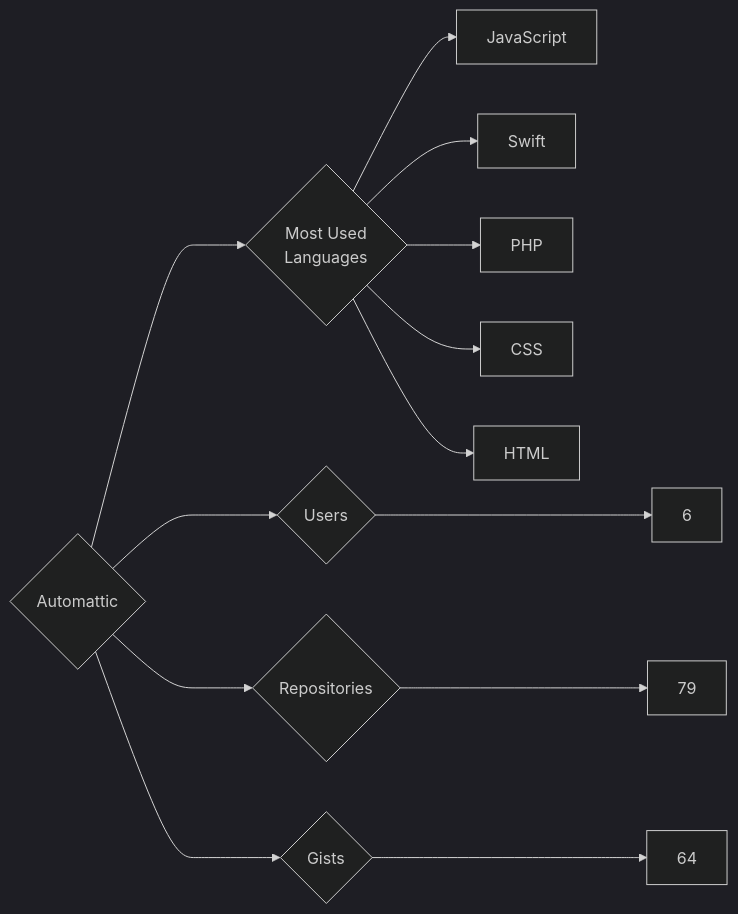
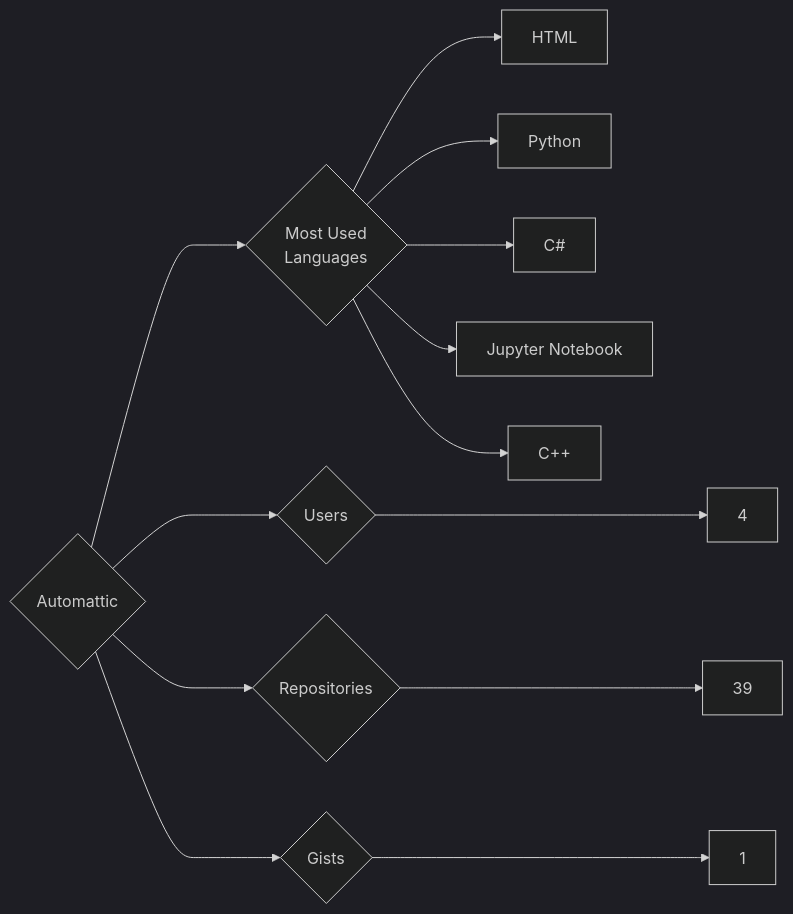
One commit to trickest/insiders changed the diagram in targets/Automattic/README.md. Above: the diagram before and after it, drawn with Mermaid (dark theme). The commit also changed 859 other files, not shown here.

````diff
--- a/targets/Automattic/README.md
+++ b/targets/Automattic/README.md
@@ -3,13 +3,13 @@
 ```mermaid
 graph LR
 COMPANY_NAME{Automattic}
-COMPANY_NAME ---> U{Users} ---> UN[6]
-COMPANY_NAME ---> R{Repositories} ---> RN[79]
-COMPANY_NAME ---> G{Gists} ---> GN[64]
+COMPANY_NAME ---> U{Users} ---> UN[4]
+COMPANY_NAME ---> R{Repositories} ---> RN[39]
+COMPANY_NAME ---> G{Gists} ---> GN[1]
 COMPANY_NAME ---> ML{Most Used<br>Languages}
-ML --> JavaScript[JavaScript]
-ML --> Swift[Swift]
-ML --> PHP[PHP]
-ML --> CSS[CSS]
 ML --> HTML[HTML]
+ML --> Python[Python]
+ML --> C#[C#]
+ML --> Jupyter_Notebook[Jupyter Notebook]
+ML --> C++[C++]
 ```
````
